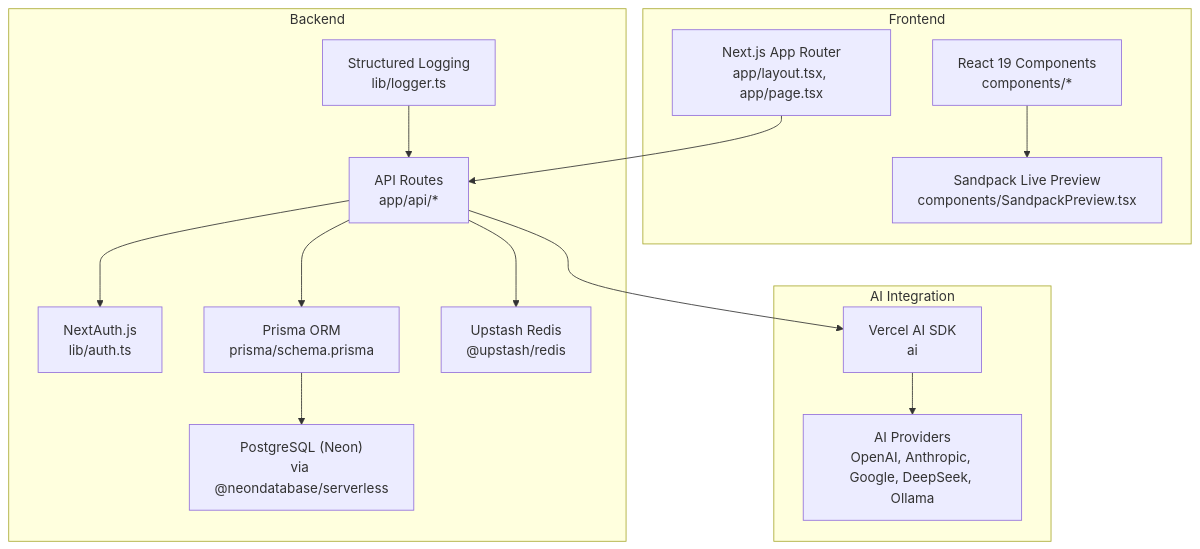
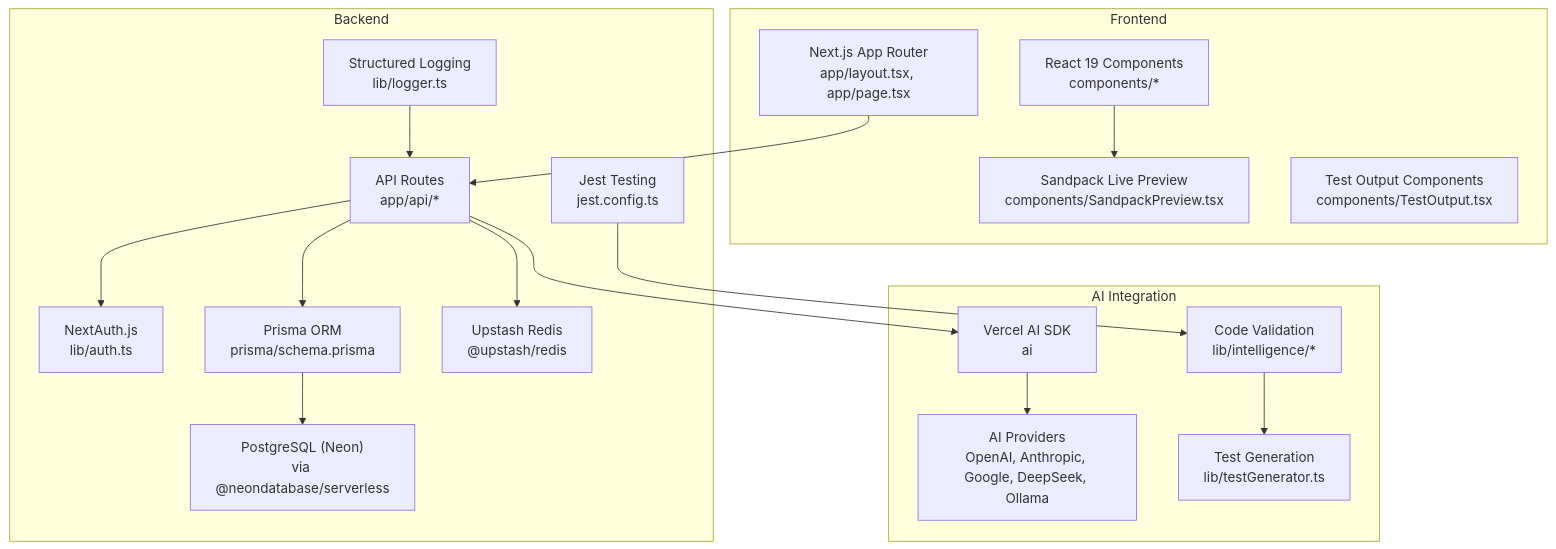
The first of 8 diagrams in .qoder/repowiki/en/content/Architecture & Design/Technology Stack.md (shekhargiri005-dotcom/AI-powered-accessibility-first-UI-engine), drawn with Mermaid before and after one commit. The commit also changed other lines of this file and 7 other files, not shown here.

````diff
--- a/.qoder/repowiki/en/content/Architecture & Design/Technology Stack.md
+++ b/.qoder/repowiki/en/content/Architecture & Design/Technology Stack.md
@@ -42,29 +60,35 @@
 ```mermaid
 graph TB
 subgraph "Frontend"
 Next["Next.js App Router<br/>app/layout.tsx, app/page.tsx"]
 React["React 19 Components<br/>components/*"]
 Sandpack["Sandpack Live Preview<br/>components/SandpackPreview.tsx"]
+TestOutput["Test Output Components<br/>components/TestOutput.tsx"]
 end
 subgraph "Backend"
 API["API Routes<br/>app/api/*"]
 Auth["NextAuth.js<br/>lib/auth.ts"]
 Prisma["Prisma ORM<br/>prisma/schema.prisma"]
 DB["PostgreSQL (Neon)<br/>via @neondatabase/serverless"]
 Redis["Upstash Redis<br/>@upstash/redis"]
 Logger["Structured Logging<br/>lib/logger.ts"]
+TestRunner["Jest Testing<br/>jest.config.ts"]
 end
 subgraph "AI Integration"
 AISDK["Vercel AI SDK<br/>ai"]
 Providers["AI Providers<br/>OpenAI, Anthropic, Google, DeepSeek, Ollama"]
+Validation["Code Validation<br/>lib/intelligence/*"]
+Testing["Test Generation<br/>lib/testGenerator.ts"]
 end
 Next --> API
 React --> Sandpack
 API --> Prisma
 Prisma --> DB
 API --> Redis
 API --> Auth
 API --> AISDK
 AISDK --> Providers
 Logger --> API
+TestRunner --> Validation
+Validation --> Testing
 ```
````
